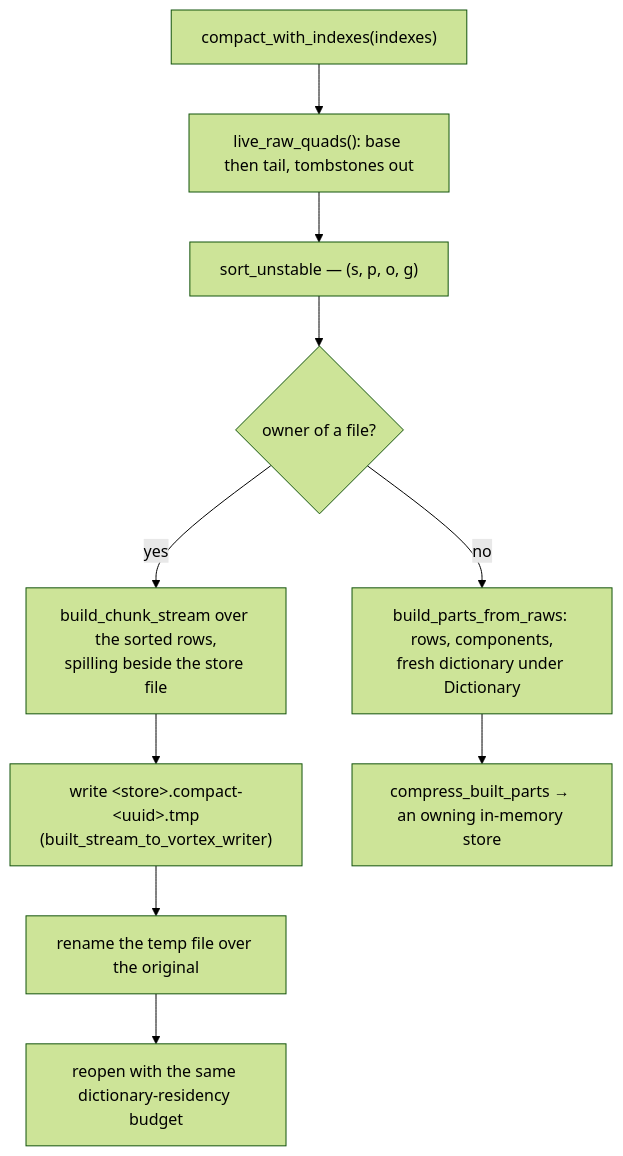
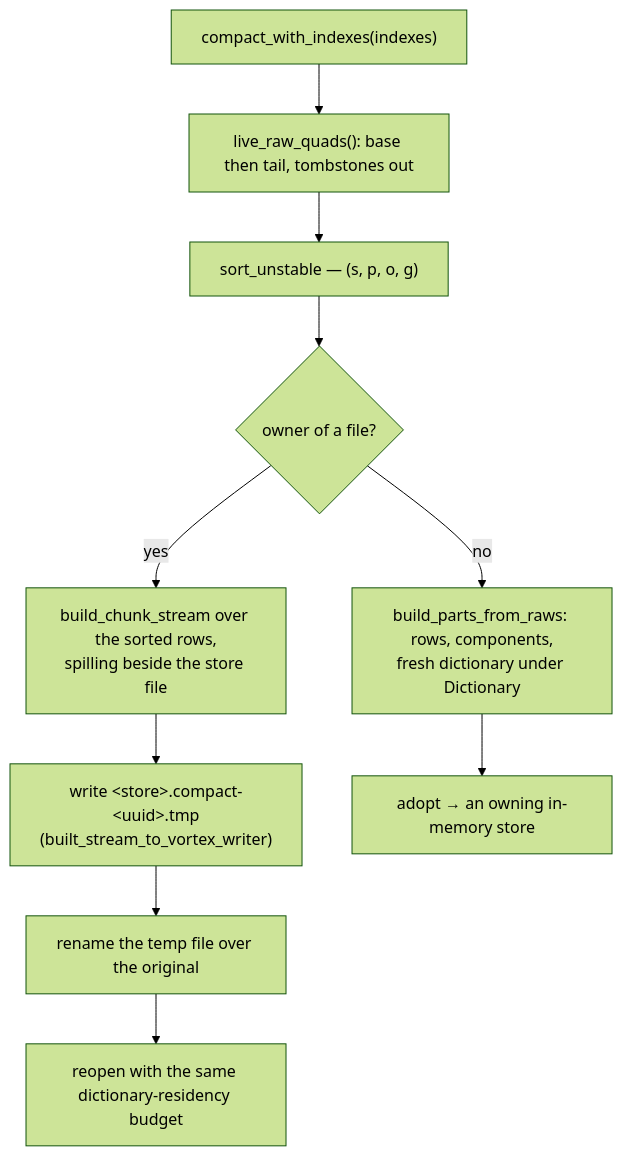
Before and after one commit to vortex-rdf/vortex-rdf: the fourth of 4 diagrams in docs/mutations.md, drawn with Mermaid (forest theme). The commit also changed other lines of this file and 5 other files, not shown here.

````diff
--- a/docs/mutations.md
+++ b/docs/mutations.md
@@ -199,12 +199,12 @@
 ```mermaid
 flowchart TD
     C["compact_with_indexes(indexes)"] --> L["live_raw_quads(): base then tail, tombstones out"]
     L --> S["sort_unstable — (s, p, o, g)"]
     S --> O{"owner of a file?"}
     O -- "yes" --> F1["build_chunk_stream over the sorted rows,<br/>spilling beside the store file"]
     F1 --> F2["write &lt;store&gt;.compact-&lt;uuid&gt;.tmp<br/>(built_stream_to_vortex_writer)"]
     F2 --> F3["rename the temp file over the original"]
     F3 --> F4["reopen with the same dictionary-residency budget"]
     O -- "no" --> M1["build_parts_from_raws: rows, components,<br/>fresh dictionary under Dictionary"]
-    M1 --> M2["compress_built_parts → an owning in-memory store"]
+    M1 --> M2["adopt → an owning in-memory store"]
 ```
````
